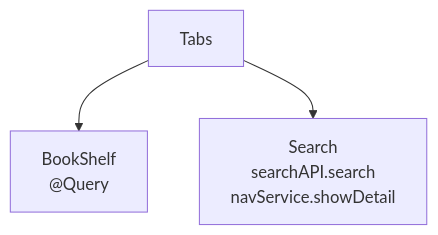
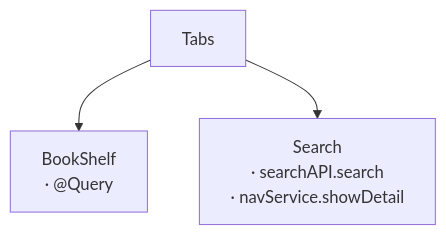
Before and after one commit to sisoje/hypermodular: the third of 6 diagrams in hypermodular/SKILL.md, drawn with Mermaid. The commit also changed other lines of this file and 2 other files, not shown here.

````diff
--- a/hypermodular/SKILL.md
+++ b/hypermodular/SKILL.md
@@ -130,6 +133,6 @@
 ```mermaid
 %% Root: Tabs · Parent: Landing (../MAP.md)
 flowchart TD
-    Tabs --> BookShelf["BookShelf<br/>@Query"]
-    Tabs --> Search["Search<br/>searchAPI.search<br/>navService.showDetail"]
+    Tabs --> BookShelf["BookShelf<br/>· @Query"]
+    Tabs --> Search["Search<br/>· searchAPI.search<br/>· navService.showDetail"]
 ```
````
